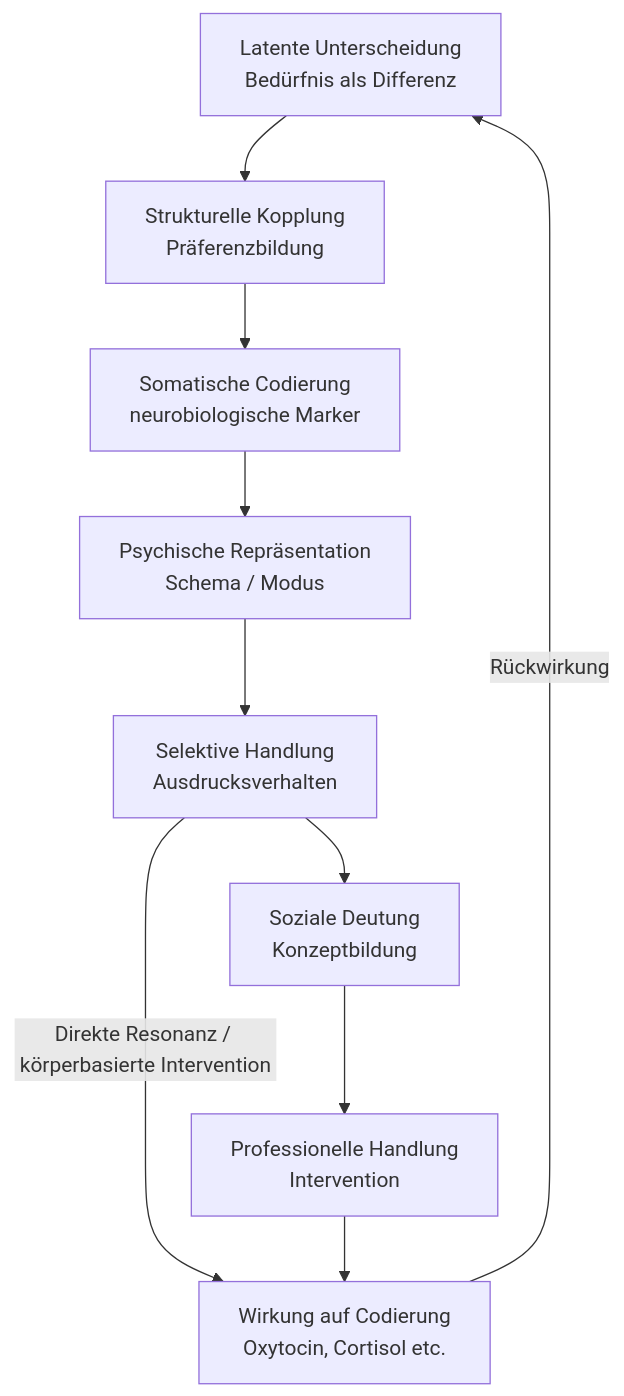
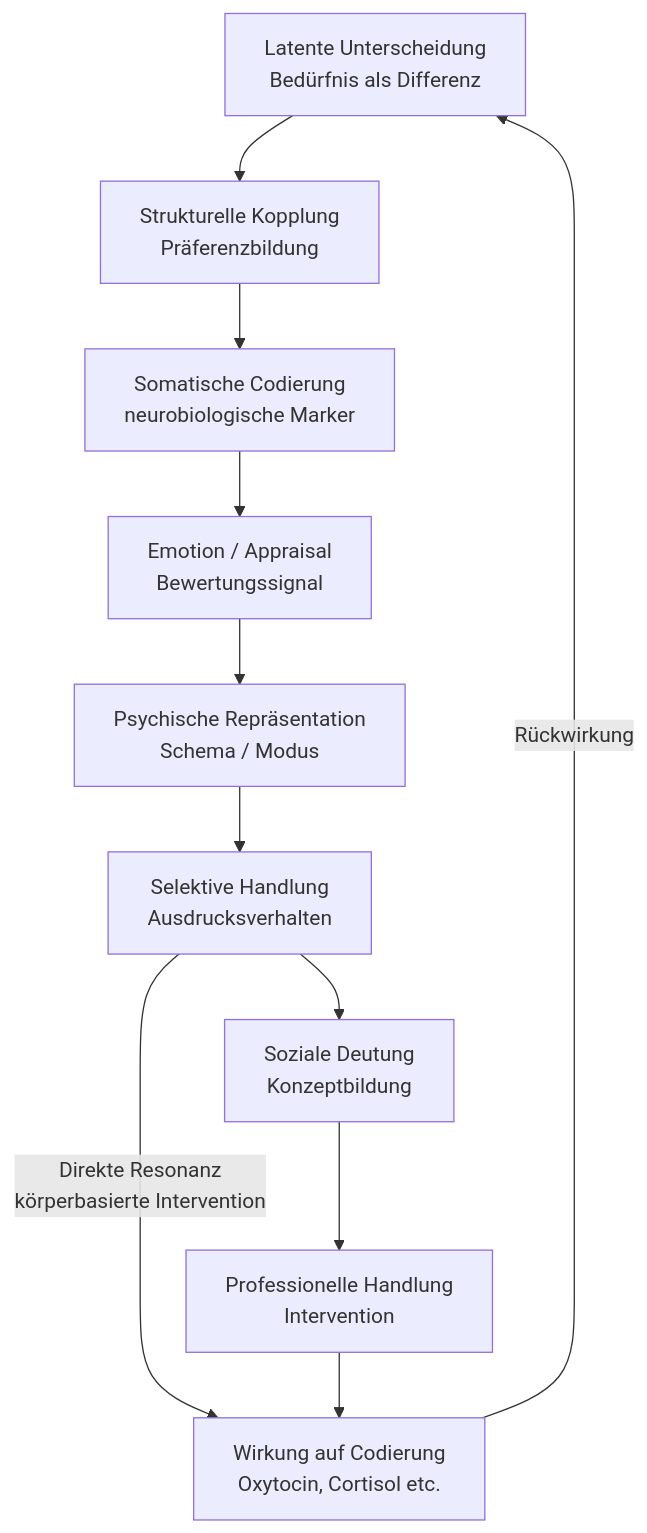
The second of 2 diagrams in Pädagogische Psychologie/Bedürfnis.md (jochen-hanisch/research), drawn with Mermaid before and after one commit. The commit also changed other lines of this file and 66 other files, not shown here.

````diff
--- a/Pädagogische Psychologie/Bedürfnis.md
+++ b/Pädagogische Psychologie/Bedürfnis.md
@@ -234,12 +246,13 @@
 ```mermaid
 flowchart TD
   A[Latente Unterscheidung<br>Bedürfnis als Differenz] --> B[Strukturelle Kopplung<br>Präferenzbildung]
   B --> C[Somatische Codierung<br>neurobiologische Marker]
-  C --> D[Psychische Repräsentation<br>Schema / Modus]
+  C --> CE[Emotion / Appraisal<br>Bewertungssignal]
+  CE --> D[Psychische Repräsentation<br>Schema / Modus]
   D --> E[Selektive Handlung<br>Ausdrucksverhalten]
   E --> F[Soziale Deutung<br>Konzeptbildung]
-  E -->|Direkte Resonanz / körperbasierte Intervention| H
+  E -->|Direkte Resonanz<br>körperbasierte Intervention| H
   F --> G[Professionelle Handlung<br>Intervention]
   G --> H[Wirkung auf Codierung<br>Oxytocin, Cortisol etc.]
   H -->|Rückwirkung| A
 ```
````
